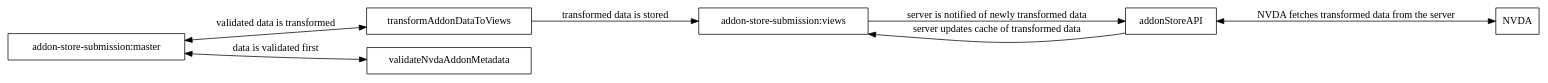
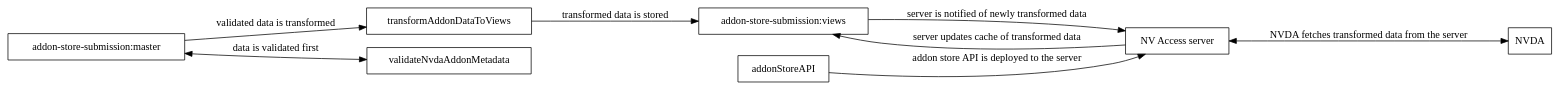
One commit to nvaccess/addon-datastore changed the diagram in docs/design/designOverview.dot. Above: the diagram before and after it, drawn with Graphviz. The commit also changed 1 other file, not shown here.

Commit message:
make server and API distinct

```diff
--- a/docs/design/designOverview.dot
+++ b/docs/design/designOverview.dot
@@ -1,21 +1,23 @@
 /* uses graphViz https://graphviz.org/doc/info/lang.html */
 
 digraph G {
 	rankdir=LR;
 
 	/* Entities */
 	submission [label="addon-store-submission:master", shape="rect", href="https://github.com/nvaccess/addon-store-submission/tree/master"]
 	views [label="addon-store-submission:views", shape="rect", href="https://github.com/nvaccess/addon-store-submission/tree/views"]
 	transform [label="transformAddonDataToViews", shape="rect", href="https://github.com/nvaccess/transformAddonDataToViews"]
-	server [label="addonStoreAPI", shape="rect", href="https://github.com/nvaccess/addonStoreAPI"]
+	server [label="NV Access server", shape="rect", href="https://github.com/nvaccess/nvaccessServer"]
+	storeAPI [label="addonStoreAPI", shape="rect", href="https://github.com/nvaccess/addonStoreAPI"]
 	validate [label="validateNvdaAddonMetadata", shape="rect", href="https://github.com/nvaccess/validateNvdaAddonMetadata"]
 	NVDA [label="NVDA", shape="rect", href="https://github.com/nvaccess/nvda"]
 
 	/* Relationships */
 	submission -> validate[dir="both", label="data is validated first"]
-	submission -> transform[dir="both", label="validated data is transformed"]
+	submission -> transform[label="validated data is transformed"]
 	transform -> views[label="transformed data is stored"]
 	views -> server[label="server is notified of newly transformed data"]
+	storeAPI -> server[label="addon store API is deployed to the server"]
 	server -> views[label="server updates cache of transformed data"]
 	server -> NVDA[dir="both", label="NVDA fetches transformed data from the server"]
 }
```
